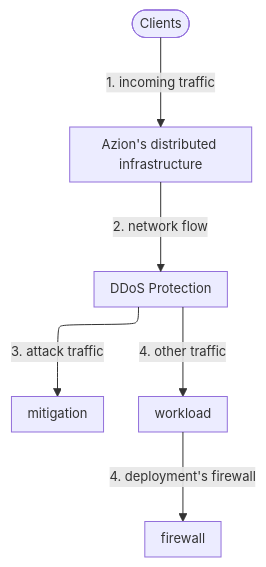
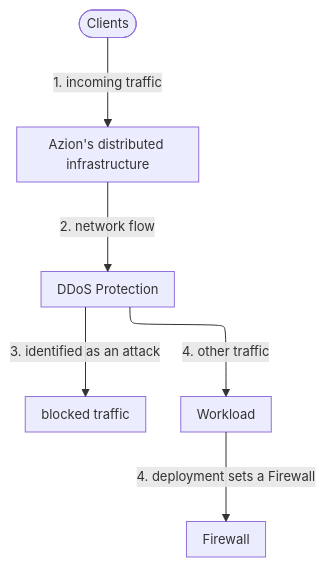
Before and after one commit to aziontech/docs: the fifth of 5 diagrams in apps/docs/src/content/docs/en/pages/secure/workloads/how-it-works.mdx, drawn with Mermaid. The commit also changed other lines of this file and 1 other file, not shown here.

````diff
--- a/apps/docs/src/content/docs/en/pages/secure/workloads/how-it-works.mdx
+++ b/apps/docs/src/content/docs/en/pages/secure/workloads/how-it-works.mdx
@@ -283,15 +296,15 @@
 ```mermaid
 %%{init: {"layout": "elk", "elk": {"preset": "modelOrder", "keepEntryNodeOnTop": true}, "themeVariables": {"fontSize": "13px"}, "flowchart": {"nodeSpacing": 24, "rankSpacing": 36, "padding": 8, "wrappingWidth": 150, "useMaxWidth": true}, "sequence": {"width": 120, "actorMargin": 30, "useMaxWidth": true}}}%%
 flowchart TD
   Clients(["Clients"])
   Infra["Azion's distributed infrastructure"]
   DDoS["DDoS Protection"]
-  Mit["mitigation"]
-  WL["workload"]
-  FW["firewall"]
+  Mit["blocked traffic"]
+  WL["Workload"]
+  FW["Firewall"]
   Clients -->|"1. incoming traffic"| Infra
   Infra -->|"2. network flow"| DDoS
-  DDoS -->|"3. attack traffic"| Mit
+  DDoS -->|"3. identified as an attack"| Mit
   DDoS -->|"4. other traffic"| WL
-  WL -->|"4. deployment's firewall"| FW
+  WL -->|"4. deployment sets a Firewall"| FW
 ```
````
